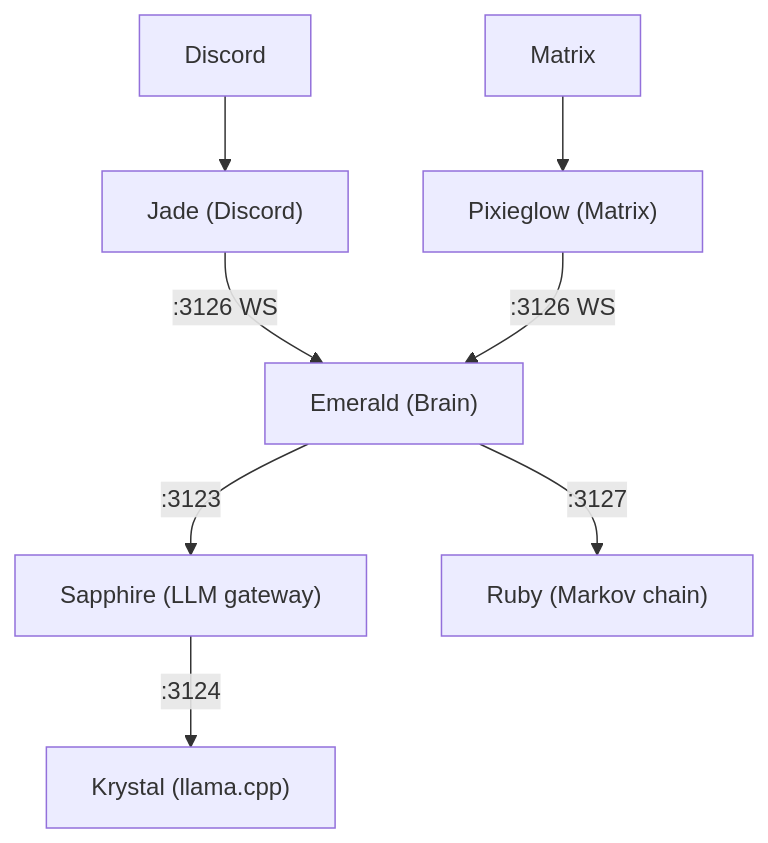
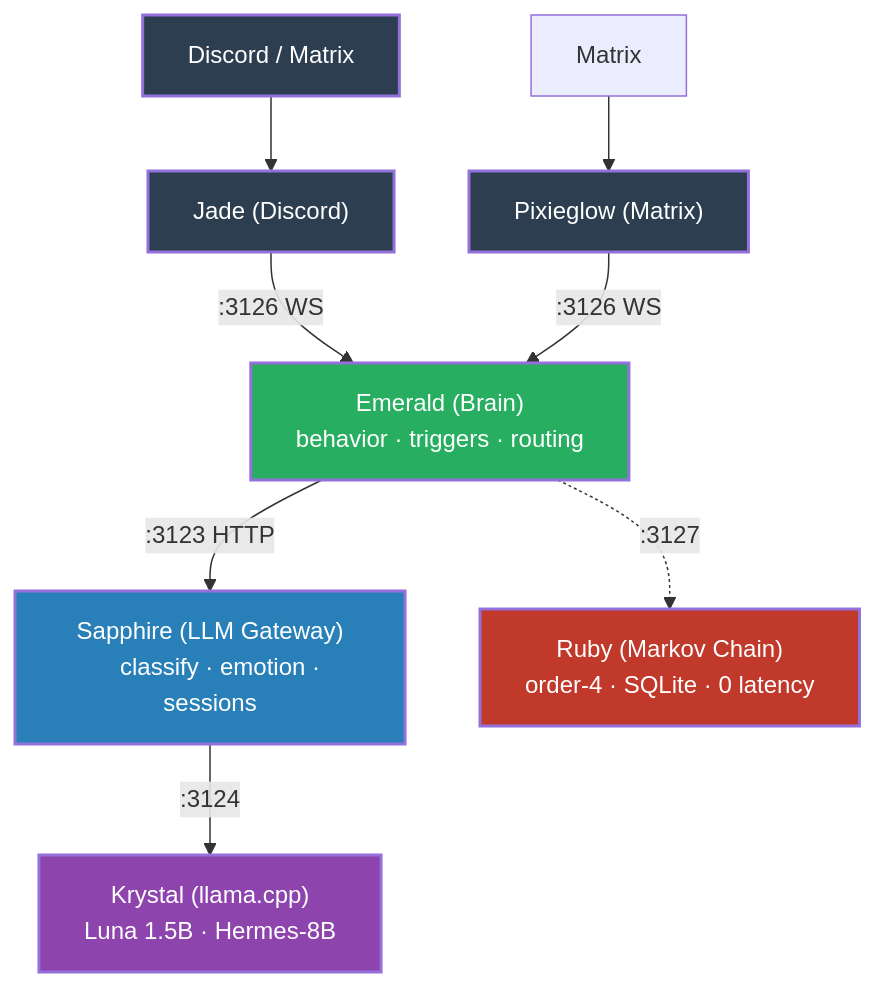
One commit to protocol-luna/.github changed the diagram in profile/README.md. Above: the diagram before and after it, drawn with Mermaid.

Commit message:
Enhance architecture diagram in profile README with crystal colors and service roles

````diff
--- a/profile/README.md
+++ b/profile/README.md
@@ -32,19 +32,33 @@
 ```mermaid
 flowchart TD
-    Discord["Discord"]
-    Matrix["Matrix"]
-    Jade["Jade (Discord)"]
-    Pixieglow["Pixieglow (Matrix)"]
-    Emerald["Emerald (Brain)"]
-    Sapphire["Sapphire (LLM gateway)"]
-    Krystal["Krystal (llama.cpp)"]
-    Ruby["Ruby (Markov chain)"]
+    classDef platform fill:#2c3e50,color:#fff,stroke-width:2px
+    classDef brain fill:#27ae60,color:#fff,stroke-width:2px
+    classDef service fill:#2980b9,color:#fff,stroke-width:2px
+    classDef inference fill:#8e44ad,color:#fff,stroke-width:2px
+    classDef alt fill:#c0392b,color:#fff,stroke-width:2px
+
+    Discord["Discord / Matrix"]:::platform
+
+    Jade["Jade (Discord)"]:::platform
+    Pixieglow["Pixieglow (Matrix)"]:::platform
+
+    Emerald["Emerald (Brain)
+    behavior · triggers · routing"]:::brain
+
+    Sapphire["Sapphire (LLM Gateway)
+    classify · emotion · sessions"]:::service
+
+    Krystal["Krystal (llama.cpp)
+    Luna 1.5B · Hermes-8B"]:::inference
+
+    Ruby["Ruby (Markov Chain)
+    order-4 · SQLite · 0 latency"]:::alt
 
     Discord --> Jade
     Matrix --> Pixieglow
     Jade -- ":3126 WS" --> Emerald
     Pixieglow -- ":3126 WS" --> Emerald
-    Emerald -- ":3123" --> Sapphire
+    Emerald -- ":3123 HTTP" --> Sapphire
     Sapphire -- ":3124" --> Krystal
-    Emerald -- ":3127" --> Ruby
+    Emerald -.->|":3127"| Ruby
 ```
````
